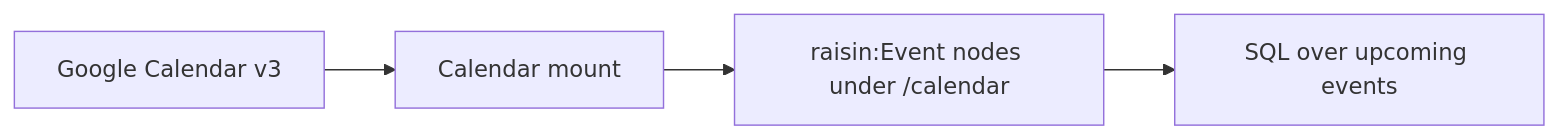
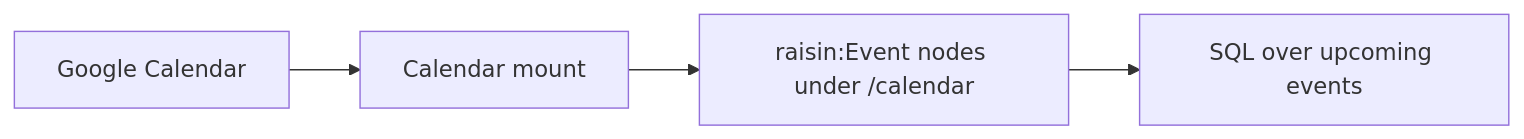
Before and after one commit to maravilla-labs/raisindb-website: the diagram in docs/guides/integrations/sync-google-calendar.md, drawn with Mermaid. The commit also changed other lines of this file and 174 other files, not shown here.

````diff
--- a/docs/guides/integrations/sync-google-calendar.md
+++ b/docs/guides/integrations/sync-google-calendar.md
@@ -30,6 +17,6 @@
 ```mermaid
 flowchart LR
-    GC[Google Calendar v3] --> M[Calendar mount]
+    GC[Google Calendar] --> M[Calendar mount]
     M --> N["raisin:Event nodes under /calendar"]
     N --> Q[SQL over upcoming events]
 ```
````
